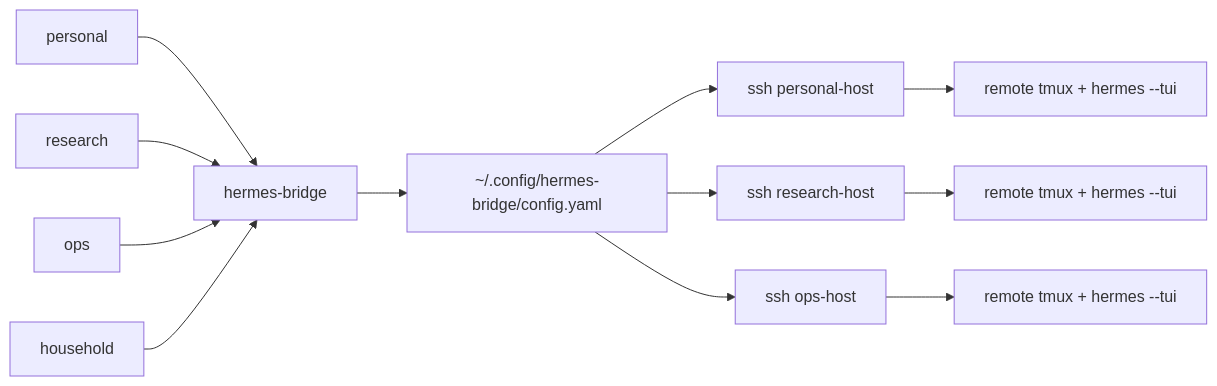
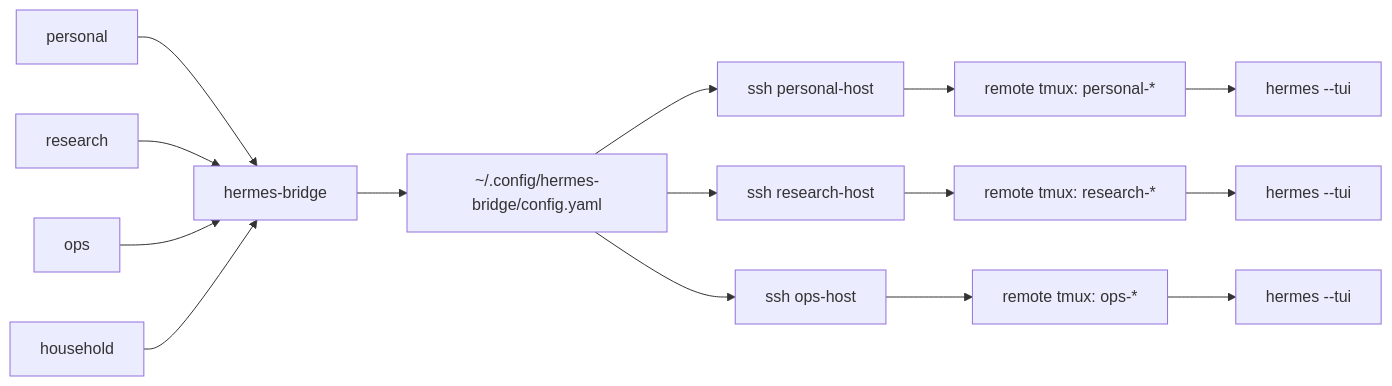
Before and after one commit to carpdiem/hermes-bridge: the diagram in README.md, drawn with Mermaid. The commit also changed other lines of this file, not shown here.

````diff
--- a/README.md
+++ b/README.md
@@ -48,14 +80,17 @@
 ```mermaid
 flowchart LR
     P[personal] --> B[hermes-bridge]
     R[research] --> B
     O[ops] --> B
     H[household] --> B
     B --> C[~/.config/hermes-bridge/config.yaml]
     C --> S1[ssh personal-host]
     C --> S2[ssh research-host]
     C --> S3[ssh ops-host]
-    S1 --> T1[remote tmux + hermes --tui]
-    S2 --> T2[remote tmux + hermes --tui]
-    S3 --> T3[remote tmux + hermes --tui]
+    S1 --> T1[remote tmux: personal-*]
+    S2 --> T2[remote tmux: research-*]
+    S3 --> T3[remote tmux: ops-*]
+    T1 --> H1[hermes --tui]
+    T2 --> H2[hermes --tui]
+    T3 --> H3[hermes --tui]
 ```
````
